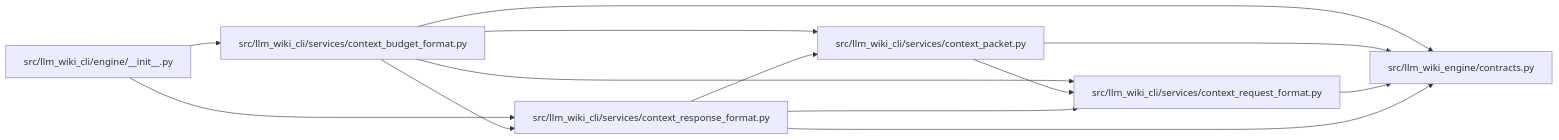
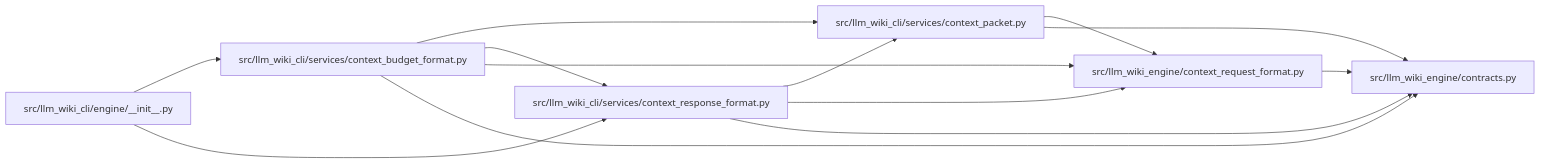
One commit to Denissvgn/python-wiki-llm changed the diagram in docs/llm_wiki/modules/context_budget_format.md. Above: the diagram before and after it, drawn with Mermaid. The commit also changed other lines of this file and 1058 other files, not shown here.

````diff
--- a/docs/llm_wiki/modules/context_budget_format.md
+++ b/docs/llm_wiki/modules/context_budget_format.md
@@ -32,27 +33,27 @@
 ```mermaid
 flowchart LR
     n0["src/llm_wiki_cli/engine/__init__.py"]
     n1["src/llm_wiki_cli/services/context_budget_format.py"]
     n2["src/llm_wiki_cli/services/context_packet.py"]
-    n3["src/llm_wiki_cli/services/context_request_format.py"]
-    n4["src/llm_wiki_cli/services/context_response_format.py"]
+    n3["src/llm_wiki_cli/services/context_response_format.py"]
+    n4["src/llm_wiki_engine/context_request_format.py"]
     n5["src/llm_wiki_engine/contracts.py"]
     n0 --> n1
-    n0 --> n4
+    n0 --> n3
     n1 --> n2
     n1 --> n3
     n1 --> n4
     n1 --> n5
-    n2 --> n3
+    n2 --> n4
     n2 --> n5
+    n3 --> n2
+    n3 --> n4
     n3 --> n5
-    n4 --> n2
-    n4 --> n3
     n4 --> n5
     click n0 "../modules/engine___init__.md"
     click n1 "../modules/context_budget_format.md"
     click n2 "../modules/context_packet.md"
-    click n3 "../modules/context_request_format.md"
-    click n4 "../modules/context_response_format.md"
+    click n3 "../modules/context_response_format.md"
+    click n4 "../modules/context_request_format.md"
     click n5 "../modules/llm_wiki_engine_contracts.md"
 ```
````
